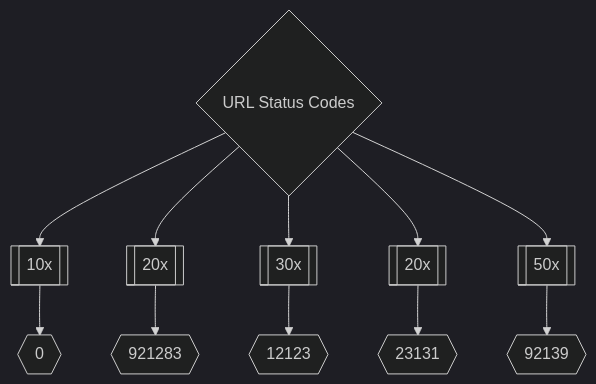
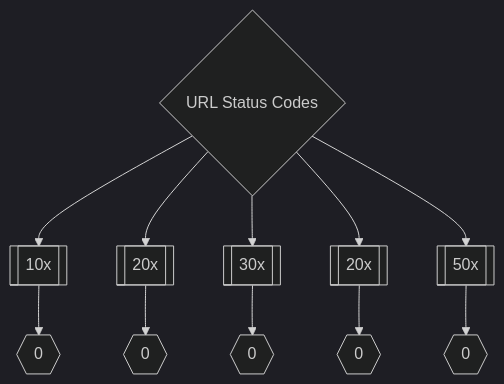
The second of 3 diagrams in README.md (trickest/inventory), drawn with Mermaid (dark theme) before and after one commit. The commit also changed other lines of this file and 1 other file, not shown here.

````diff
--- a/README.md
+++ b/README.md
@@ -21,8 +21,8 @@
 ```mermaid
 graph TD
 title{URL Status Codes} --> 10x[[10x]] --> Num10x{{0}}
-title --> 20x[[20x]] --> status20xNum{{921283}}
-title --> 30x[[30x]] --> status30xNum{{12123}}
-title --> 40x[[20x]] --> status40xNum{{23131}}
-title --> 50x[[50x]] --> status50xNum{{92139}}
+title --> 20x[[20x]] --> status20xNum{{0}}
+title --> 30x[[30x]] --> status30xNum{{0}}
+title --> 40x[[20x]] --> status40xNum{{0}}
+title --> 50x[[50x]] --> status50xNum{{0}}
 ```
````
